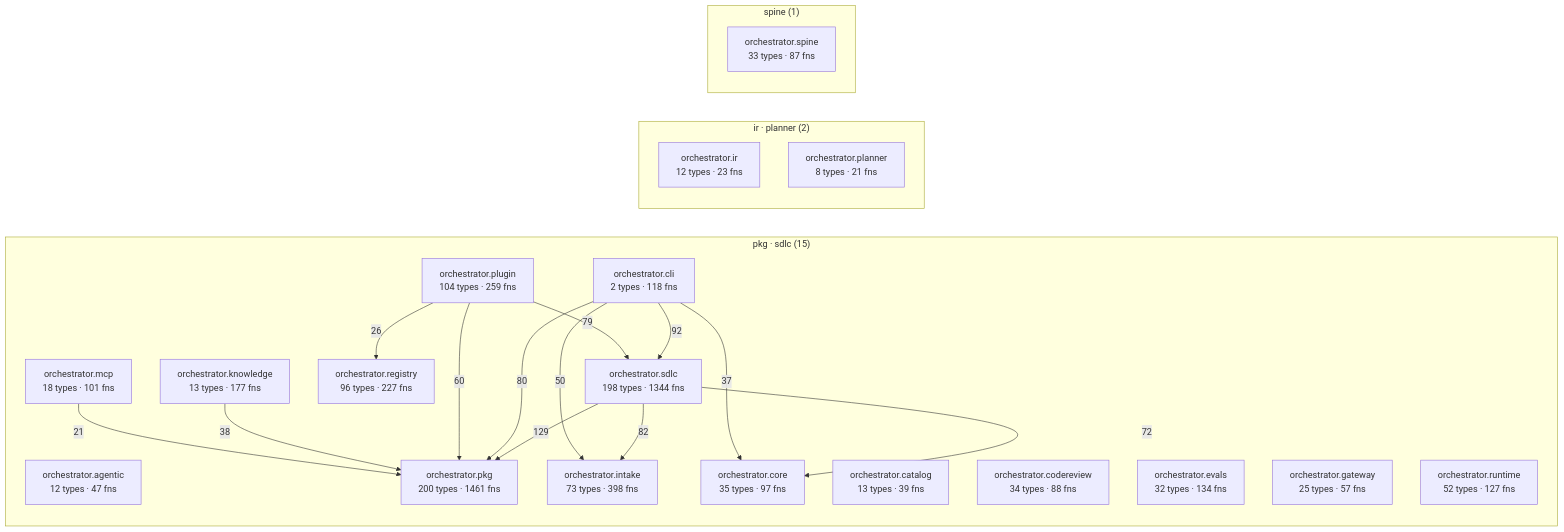
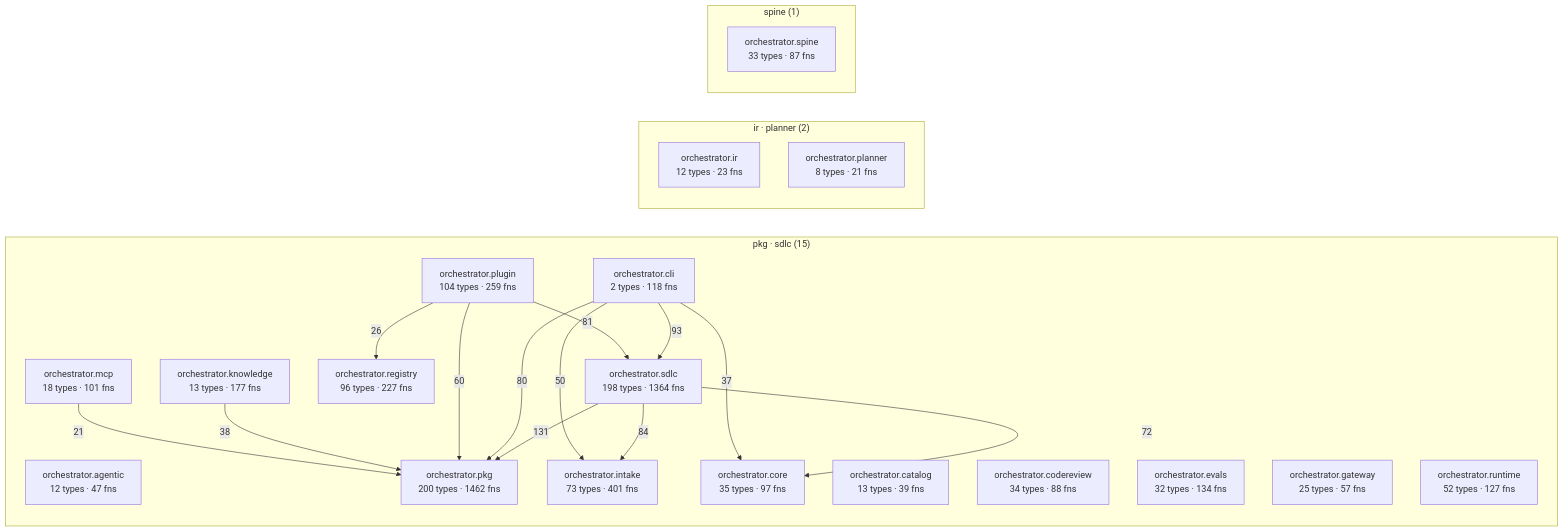
Before and after one commit to synaptixs/spine: the diagram in episteme/architecture.md, drawn with Mermaid. The commit also changed other lines of this file and 41 other files, not shown here.

````diff
--- a/episteme/architecture.md
+++ b/episteme/architecture.md
@@ -56,39 +56,39 @@
 ```mermaid
 flowchart LR
   subgraph c_2["pkg · sdlc (15)"]
     aorchestratoragentic["orchestrator.agentic<br/>12 types · 47 fns"]
     aorchestratorcatalog["orchestrator.catalog<br/>13 types · 39 fns"]
     aorchestratorcli["orchestrator.cli<br/>2 types · 118 fns"]
     aorchestratorcodereview["orchestrator.codereview<br/>34 types · 88 fns"]
     aorchestratorcore["orchestrator.core<br/>35 types · 97 fns"]
     aorchestratorevals["orchestrator.evals<br/>32 types · 134 fns"]
     aorchestratorgateway["orchestrator.gateway<br/>25 types · 57 fns"]
-    aorchestratorintake["orchestrator.intake<br/>73 types · 398 fns"]
+    aorchestratorintake["orchestrator.intake<br/>73 types · 401 fns"]
     aorchestratorknowledge["orchestrator.knowledge<br/>13 types · 177 fns"]
     aorchestratormcp["orchestrator.mcp<br/>18 types · 101 fns"]
-    aorchestratorpkg["orchestrator.pkg<br/>200 types · 1461 fns"]
+    aorchestratorpkg["orchestrator.pkg<br/>200 types · 1462 fns"]
     aorchestratorplugin["orchestrator.plugin<br/>104 types · 259 fns"]
     aorchestratorregistry["orchestrator.registry<br/>96 types · 227 fns"]
     aorchestratorruntime["orchestrator.runtime<br/>52 types · 127 fns"]
-    aorchestratorsdlc["orchestrator.sdlc<br/>198 types · 1344 fns"]
+    aorchestratorsdlc["orchestrator.sdlc<br/>198 types · 1364 fns"]
   end
   subgraph c_6["ir · planner (2)"]
     aorchestratorir["orchestrator.ir<br/>12 types · 23 fns"]
     aorchestratorplanner["orchestrator.planner<br/>8 types · 21 fns"]
   end
   subgraph c_12["spine (1)"]
     aorchestratorspine["orchestrator.spine<br/>33 types · 87 fns"]
   end
-  aorchestratorsdlc -->|129| aorchestratorpkg
-  aorchestratorcli -->|92| aorchestratorsdlc
-  aorchestratorsdlc -->|82| aorchestratorintake
+  aorchestratorsdlc -->|131| aorchestratorpkg
+  aorchestratorcli -->|93| aorchestratorsdlc
+  aorchestratorsdlc -->|84| aorchestratorintake
+  aorchestratorplugin -->|81| aorchestratorsdlc
   aorchestratorcli -->|80| aorchestratorpkg
-  aorchestratorplugin -->|79| aorchestratorsdlc
   aorchestratorsdlc -->|72| aorchestratorcore
   aorchestratorplugin -->|60| aorchestratorpkg
   aorchestratorcli -->|50| aorchestratorintake
   aorchestratorknowledge -->|38| aorchestratorpkg
   aorchestratorcli -->|37| aorchestratorcore
   aorchestratorplugin -->|26| aorchestratorregistry
   aorchestratormcp -->|21| aorchestratorpkg
 ```
````
